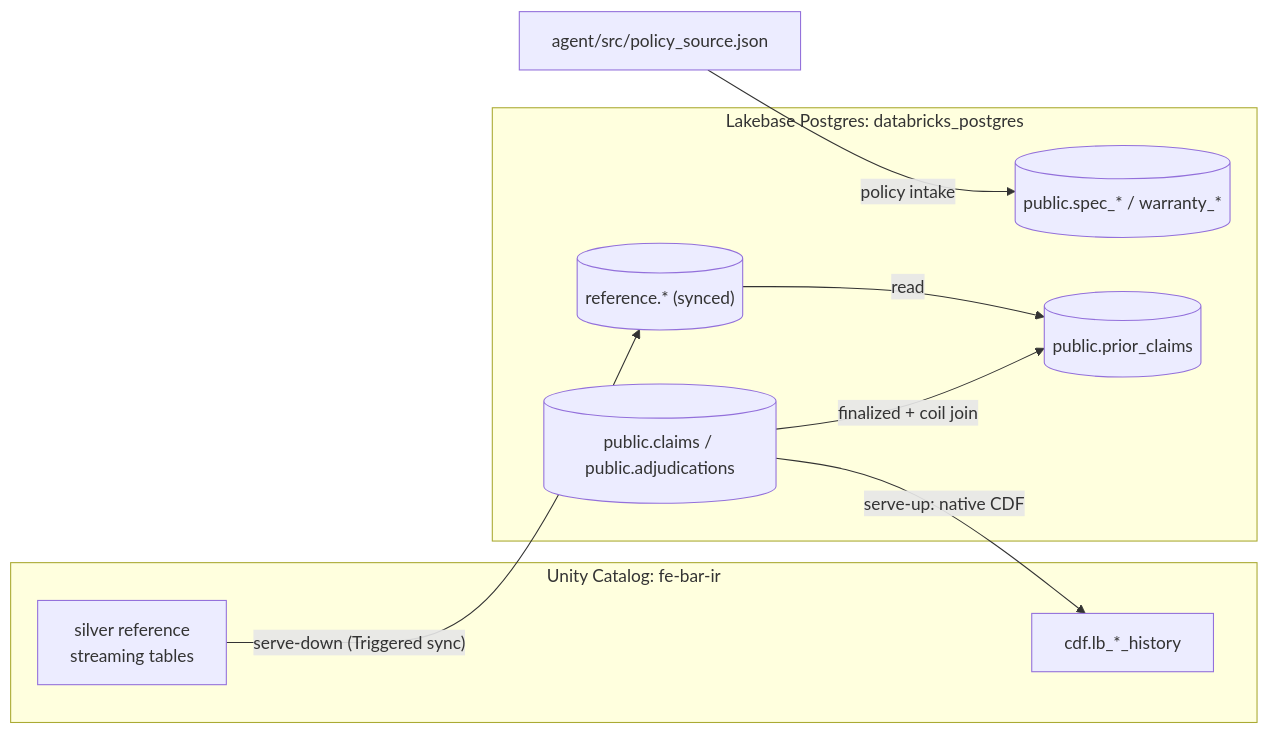
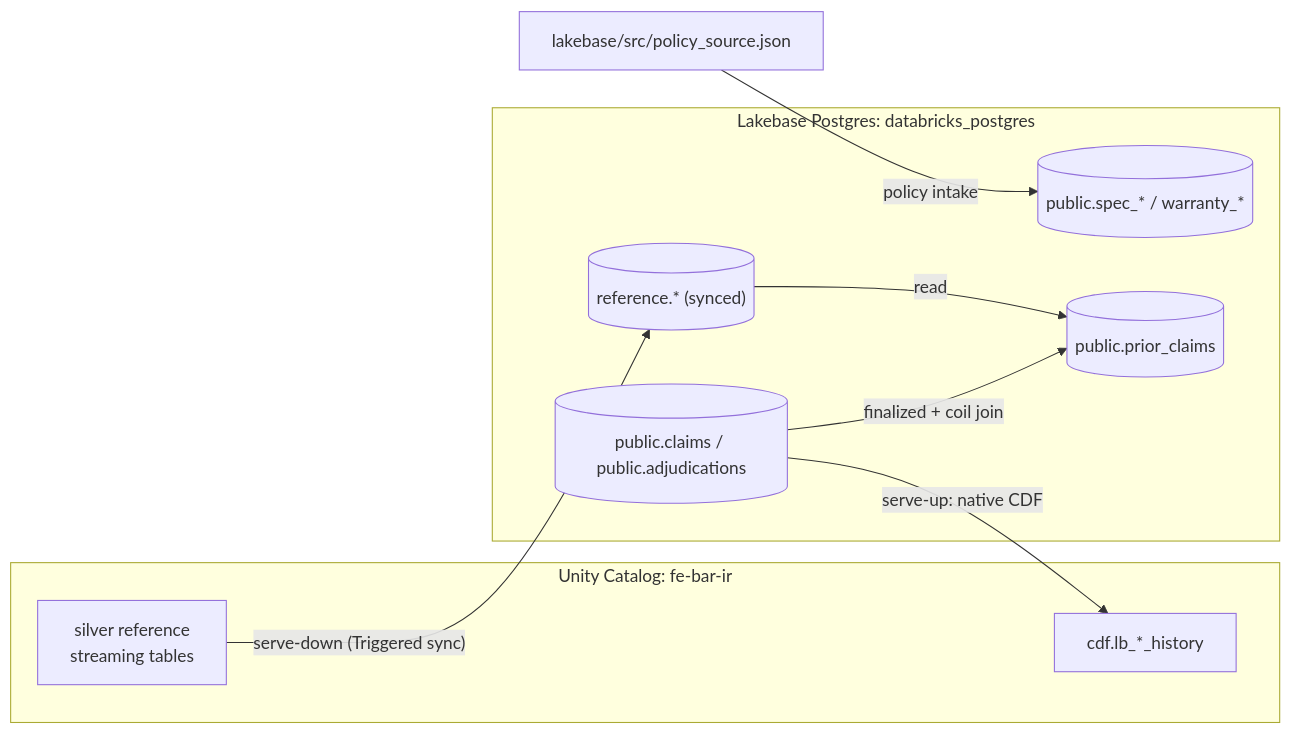
Before and after one commit to Irtebat/claims-adjudication-agent-demo: the diagram in lakebase/README.md, drawn with Mermaid. The commit also changed other lines of this file and 22 other files, not shown here.

````diff
--- a/lakebase/README.md
+++ b/lakebase/README.md
@@ -68,19 +68,19 @@
 ```mermaid
 flowchart LR
   subgraph UC["Unity Catalog: fe-bar-ir"]
     silverref["silver reference<br/>streaming tables"]
     cdfland["cdf.lb_*_history"]
   end
   subgraph LB["Lakebase Postgres: databricks_postgres"]
     ref[("reference.* (synced)")]
     oltp[("public.claims / public.adjudications")]
     policy[("public.spec_* / warranty_*")]
     prior[("public.prior_claims")]
   end
 
   silverref -- "serve-down (Triggered sync)" --> ref
   oltp -- "serve-up: native CDF" --> cdfland
-  policyjson["agent/src/policy_source.json"] -- "policy intake" --> policy
+  policyjson["lakebase/src/policy_source.json"] -- "policy intake" --> policy
   oltp -- "finalized + coil join" --> prior
   ref -- read --> prior
 ```
````
